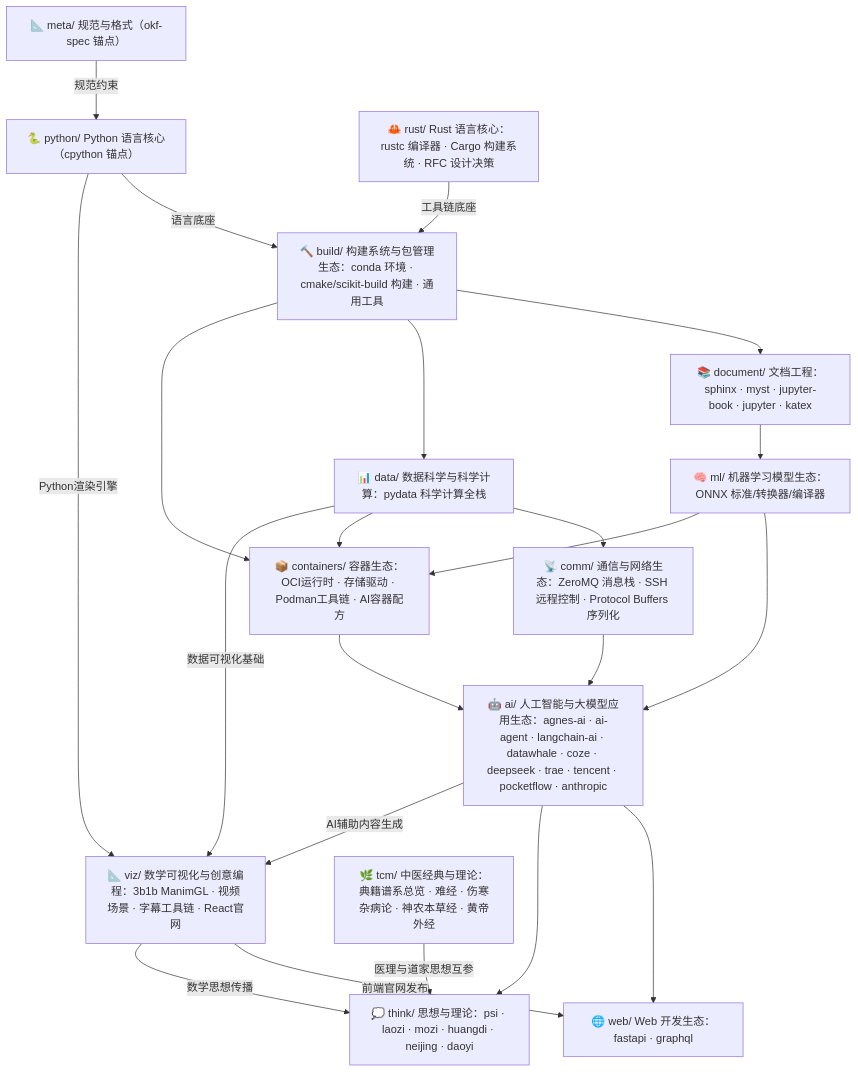
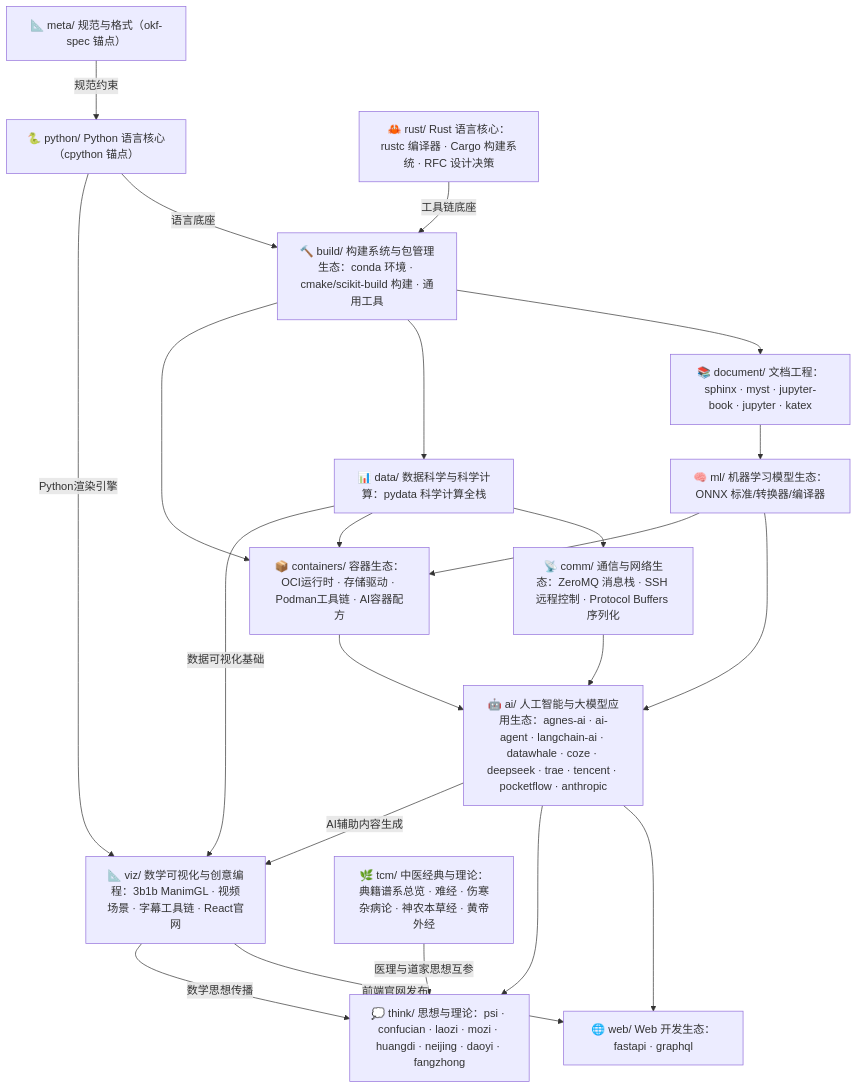
Before and after one commit to awesome-flexloop/awesome-okf: the first of 2 diagrams in doc/bundles/index.md, drawn with Mermaid. The commit also changed other lines of this file and 25 other files, not shown here.

````diff
--- a/doc/bundles/index.md
+++ b/doc/bundles/index.md
@@ -21,38 +21,38 @@
 ```mermaid
 flowchart TD
     meta["📐 meta/ 规范与格式（okf-spec 锚点）"]
     py["🐍 python/ Python 语言核心（cpython 锚点）"]
     rust["🦀 rust/ Rust 语言核心：rustc 编译器 · Cargo 构建系统 · RFC 设计决策"]
     build["🔨 build/ 构建系统与包管理生态：conda 环境 · cmake/scikit-build 构建 · 通用工具"]
     doc["📚 document/ 文档工程：sphinx · myst · jupyter-book · jupyter · katex"]
     data["📊 data/ 数据科学与科学计算：pydata 科学计算全栈"]
     ml["🧠 ml/ 机器学习模型生态：ONNX 标准/转换器/编译器"]
     comm["📡 comm/ 通信与网络生态：ZeroMQ 消息栈 · SSH 远程控制 · Protocol Buffers 序列化"]
     ai["🤖 ai/ 人工智能与大模型应用生态：agnes-ai · ai-agent · langchain-ai · datawhale · coze · deepseek · trae · tencent · pocketflow · anthropic"]
     viz["📐 viz/ 数学可视化与创意编程：3b1b ManimGL · 视频场景 · 字幕工具链 · React官网"]
     web["🌐 web/ Web 开发生态：fastapi · graphql"]
     containers["📦 containers/ 容器生态：OCI运行时 · 存储驱动 · Podman工具链 · AI容器配方"]
-    think["💭 think/ 思想与理论：psi · laozi · mozi · huangdi · neijing · daoyi"]
+    think["💭 think/ 思想与理论：psi · confucian · laozi · mozi · huangdi · neijing · daoyi · fangzhong"]
     tcm["🌿 tcm/ 中医经典与理论：典籍谱系总览 · 难经 · 伤寒杂病论 · 神农本草经 · 黄帝外经"]
     meta -->|"规范约束"| py
     py -->|"语言底座"| build
     rust -->|"工具链底座"| build
     build --> doc
     build --> data
     build --> containers
     doc --> ml
     data --> comm
     data --> containers
     data -->|"数据可视化基础"| viz
     py -->|"Python渲染引擎"| viz
     ml --> ai
     ml --> containers
     comm --> ai
     containers --> ai
     ai --> web
     ai --> think
     ai -->|"AI辅助内容生成"| viz
     viz -->|"前端官网发布"| web
     viz -->|"数学思想传播"| think
     tcm -->|"医理与道家思想互参"| think
 ```
````
